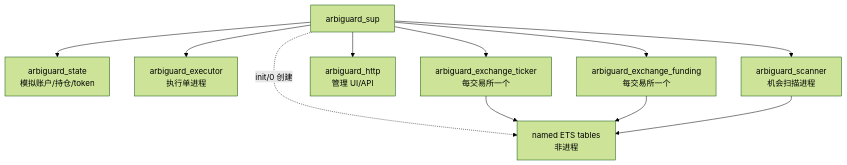
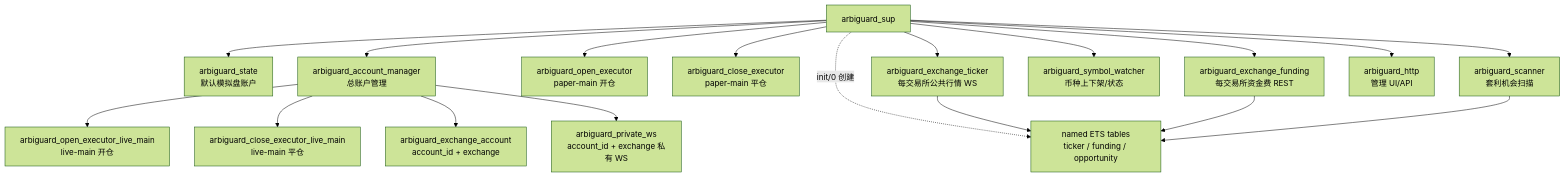
Before and after one commit to si229/ArbiGuard: the first of 6 diagrams in docs/architecture.md, drawn with Mermaid (forest theme). The commit also changed other lines of this file and 11 other files, not shown here.

````diff
--- a/docs/architecture.md
+++ b/docs/architecture.md
@@ -45,22 +101,42 @@
 ```mermaid
 graph TD
     SUP["arbiguard_sup"]
-    STATE["arbiguard_state\n模拟账户/持仓/token"]
-    EXEC["arbiguard_executor\n执行单进程"]
-    SCANNER["arbiguard_scanner\n机会扫描进程"]
-    HTTP["arbiguard_http\n管理 UI/API"]
-    TICKER["arbiguard_exchange_ticker\n每交易所一个"]
-    FUNDING["arbiguard_exchange_funding\n每交易所一个"]
-    ETS["named ETS tables\n非进程"]
+    ETS["named ETS tables<br/>ticker / funding / opportunity"]
+
+    STATE["arbiguard_state<br/>默认模拟盘账户"]
+    AM["arbiguard_account_manager<br/>总账户管理"]
+
+    OPEN0["arbiguard_open_executor<br/>paper-main 开仓"]
+    CLOSE0["arbiguard_close_executor<br/>paper-main 平仓"]
+    OPENL["arbiguard_open_executor_live_main<br/>live-main 开仓"]
+    CLOSEL["arbiguard_close_executor_live_main<br/>live-main 平仓"]
+
+    EX_ACC["arbiguard_exchange_account<br/>account_id + exchange"]
+    PRIVATE["arbiguard_private_ws<br/>account_id + exchange 私有 WS"]
+
+    TICKER["arbiguard_exchange_ticker<br/>每交易所公共行情 WS"]
+    FUNDING["arbiguard_exchange_funding<br/>每交易所资金费 REST"]
+    WATCHER["arbiguard_symbol_watcher<br/>币种上下架/状态"]
+    SCANNER["arbiguard_scanner<br/>套利机会扫描"]
+    HTTP["arbiguard_http<br/>管理 UI/API"]
 
     SUP --> STATE
-    SUP --> EXEC
+    SUP --> OPEN0
+    SUP --> CLOSE0
+    SUP --> AM
     SUP --> TICKER
     SUP --> FUNDING
+    SUP --> WATCHER
     SUP --> SCANNER
     SUP --> HTTP
     SUP -. "init/0 创建" .-> ETS
+
+    AM --> OPENL
+    AM --> CLOSEL
+    AM --> EX_ACC
+    AM --> PRIVATE
+
     TICKER --> ETS
     FUNDING --> ETS
     SCANNER --> ETS
 ```
````
